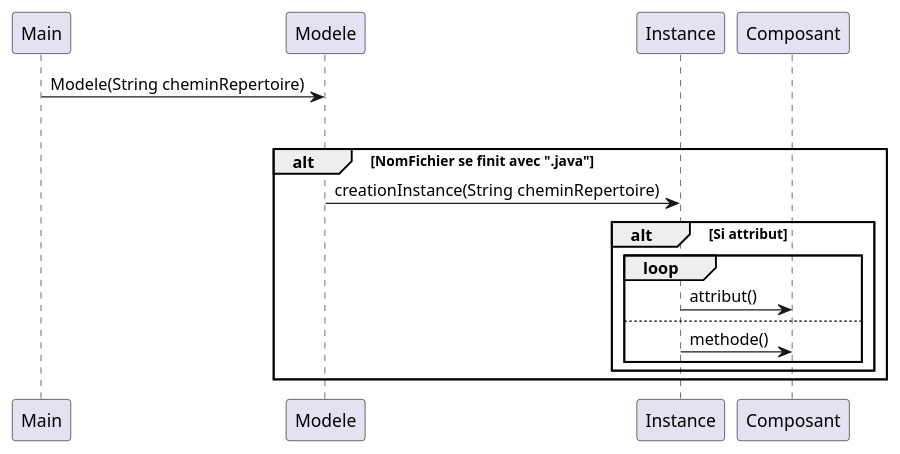
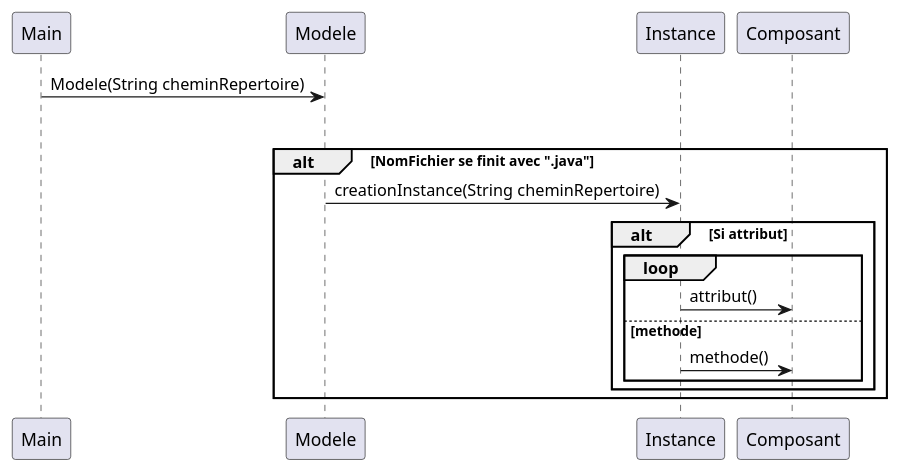
The diagram in demo/Conception/Sprint_1/Sequ_ConstructeurModele.puml (Cedran-Bastien/GENERATION-AUTOMATIQUE-DE-DIAGRAMME-DE-CLASSES), drawn with PlantUML before and after one commit. The commit also changed 1 other file, not shown here.

Commit message:
retait +terminaison diagramme sequence

```diff
--- a/demo/Conception/Sprint_1/Sequ_ConstructeurModele.puml
+++ b/demo/Conception/Sprint_1/Sequ_ConstructeurModele.puml
@@ -1,24 +1,24 @@
 @startuml
 'https://plantuml.com/sequence-diagram
 
 participant Main
 participant Modele
 participant Instance
 participant Composant
 
 
 
  Main -> Modele: Modele(String cheminRepertoire)
 
 loop Instance instance : List<Fichier>
 alt NomFichier se finit avec ".java"
 Modele->Instance:creationInstance(String cheminRepertoire)
 alt Si attribut
 loop
 Instance->Composant:attribut()
-else
+else  methode
 Instance->Composant:methode()
 end
 end
 end
 @enduml
```
